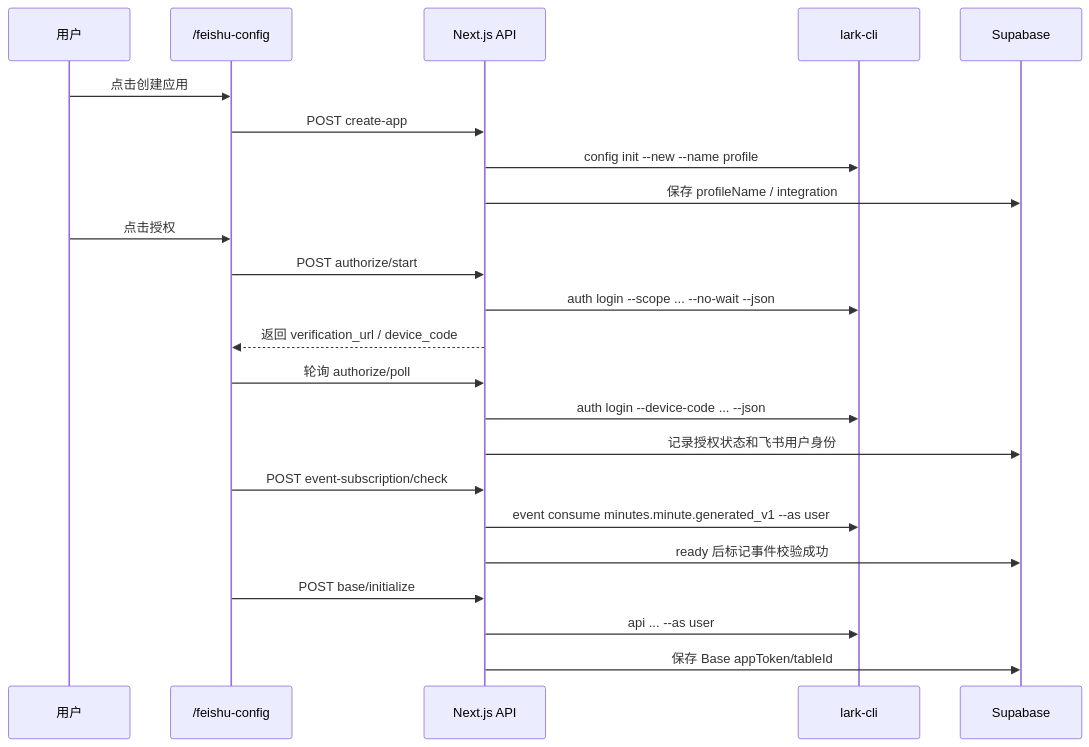
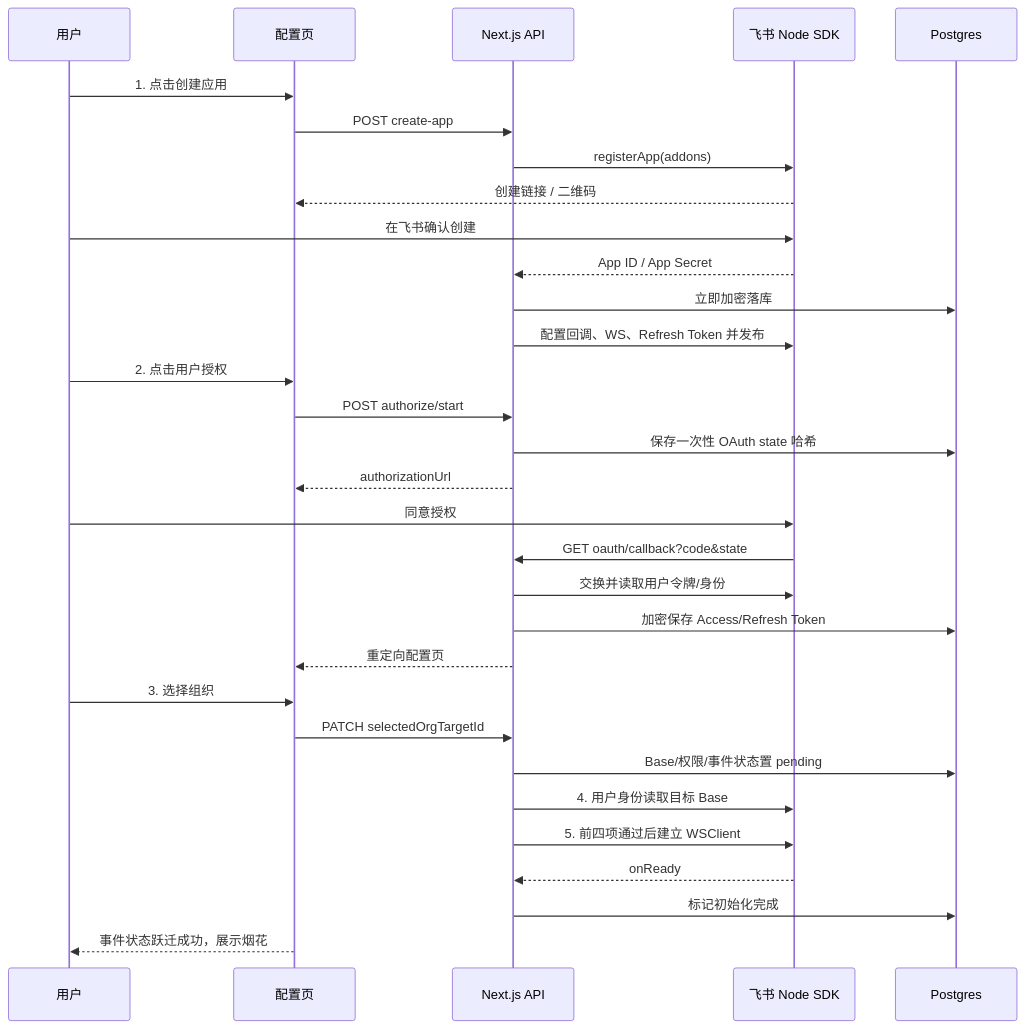
Before and after one commit to LyraWang6688/Teaming-Bot: the second of 2 diagrams in docs/系统架构图.md, drawn with Mermaid. The commit also changed other lines of this file and 37 other files, not shown here.

Commit message:
Migrate Feishu integration to SDK

````diff
--- a/docs/系统架构图.md
+++ b/docs/系统架构图.md
@@ -71,26 +35,36 @@
 ```mermaid
 sequenceDiagram
-    participant User as 用户
-    participant FE as /feishu-config
+    participant U as 用户
+    participant FE as 配置页
     participant API as Next.js API
-    participant CLI as lark-cli
-    participant DB as Supabase
+    participant SDK as 飞书 Node SDK
+    participant DB as Postgres
 
-    User->>FE: 点击创建应用
+    U->>FE: 1. 点击创建应用
     FE->>API: POST create-app
-    API->>CLI: config init --new --name profile
-    API->>DB: 保存 profileName / integration
-    User->>FE: 点击授权
+    API->>SDK: registerApp(addons)
+    SDK-->>FE: 创建链接 / 二维码
+    U->>SDK: 在飞书确认创建
+    SDK-->>API: App ID / App Secret
+    API->>DB: 立即加密落库
+    API->>SDK: 配置回调、WS、Refresh Token 并发布
+
+    U->>FE: 2. 点击用户授权
     FE->>API: POST authorize/start
-    API->>CLI: auth login --scope ... --no-wait --json
-    API-->>FE: 返回 verification_url / device_code
-    FE->>API: 轮询 authorize/poll
-    API->>CLI: auth login --device-code ... --json
-    API->>DB: 记录授权状态和飞书用户身份
-    FE->>API: POST event-subscription/check
-    API->>CLI: event consume minutes.minute.generated_v1 --as user
-    API->>DB: ready 后标记事件校验成功
-    FE->>API: POST base/initialize
-    API->>CLI: api ... --as user
-    API->>DB: 保存 Base appToken/tableId
+    API->>DB: 保存一次性 OAuth state 哈希
+    API-->>FE: authorizationUrl
+    U->>SDK: 同意授权
+    SDK->>API: GET oauth/callback?code&state
+    API->>SDK: 交换并读取用户令牌/身份
+    API->>DB: 加密保存 Access/Refresh Token
+    API-->>FE: 重定向配置页
+
+    U->>FE: 3. 选择组织
+    FE->>API: PATCH selectedOrgTargetId
+    API->>DB: Base/权限/事件状态置 pending
+    API->>SDK: 4. 用户身份读取目标 Base
+    API->>SDK: 5. 前四项通过后建立 WSClient
+    SDK-->>API: onReady
+    API->>DB: 标记初始化完成
+    FE-->>U: 事件状态跃迁成功，展示烟花
 ```
````
